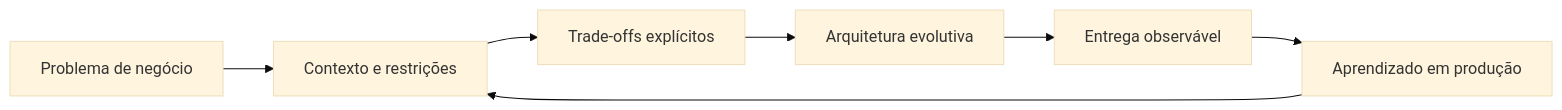
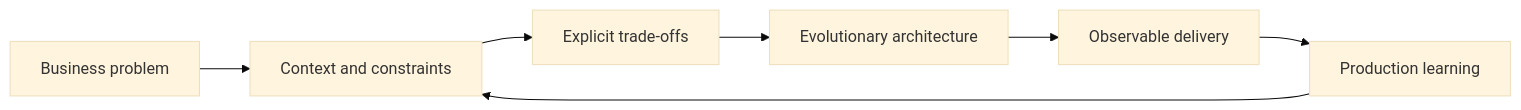
The diagram in README.md (cadmax/cadmax), drawn with Mermaid (base theme) before and after one commit. The commit also changed other lines of this file, not shown here.

````diff
--- a/README.md
+++ b/README.md
@@ -86,9 +90,9 @@
 ```mermaid
 flowchart LR
-    A[Problema de negócio] --> B[Contexto e restrições]
-    B --> C[Trade-offs explícitos]
-    C --> D[Arquitetura evolutiva]
-    D --> E[Entrega observável]
-    E --> F[Aprendizado em produção]
+    A[Business problem] --> B[Context and constraints]
+    B --> C[Explicit trade-offs]
+    C --> D[Evolutionary architecture]
+    D --> E[Observable delivery]
+    E --> F[Production learning]
     F --> B
 ```
````
